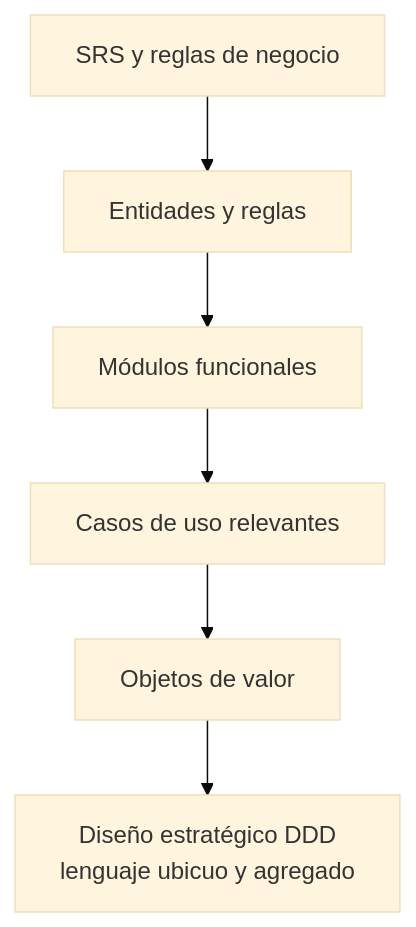
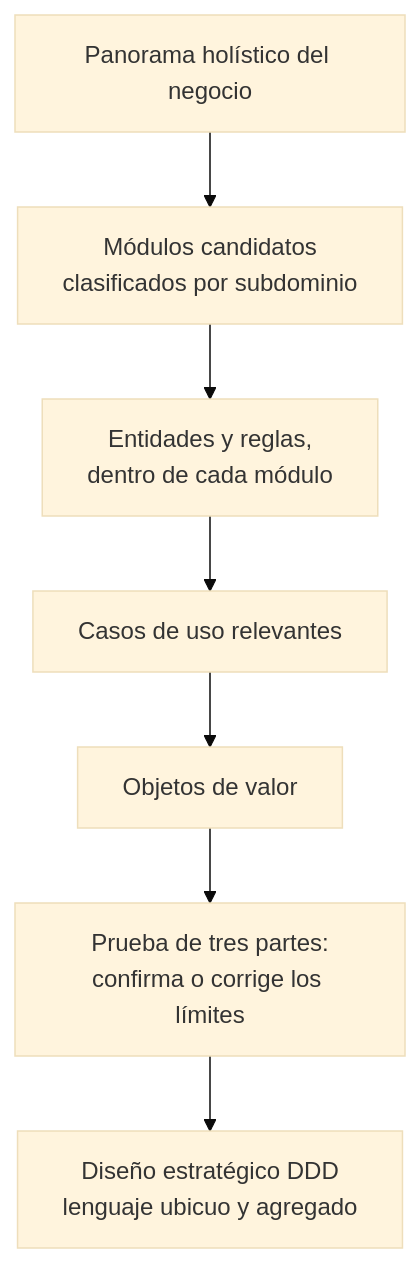
Before and after one commit to 262ciclo4/bomerp: the second of 11 diagrams in docs/ads/sesiones/S06_Descubrimiento_Modelado_Dominio.md, drawn with Mermaid (base theme). The commit also changed other lines of this file and 1 other file, not shown here.

````diff
--- a/docs/ads/sesiones/S06_Descubrimiento_Modelado_Dominio.md
+++ b/docs/ads/sesiones/S06_Descubrimiento_Modelado_Dominio.md
@@ -92,8 +94,9 @@
 ```mermaid
 flowchart TB
-    A[SRS y reglas de negocio] --> B[Entidades y reglas]
-    B --> C[Módulos funcionales]
+    A[Panorama holístico del negocio] --> B[Módulos candidatos<br/>clasificados por subdominio]
+    B --> C[Entidades y reglas,<br/>dentro de cada módulo]
     C --> D[Casos de uso relevantes]
     D --> E[Objetos de valor]
-    E --> F[Diseño estratégico DDD<br/>lenguaje ubicuo y agregado]
+    E --> F[Prueba de tres partes:<br/>confirma o corrige los límites]
+    F --> G[Diseño estratégico DDD<br/>lenguaje ubicuo y agregado]
 ```
````
